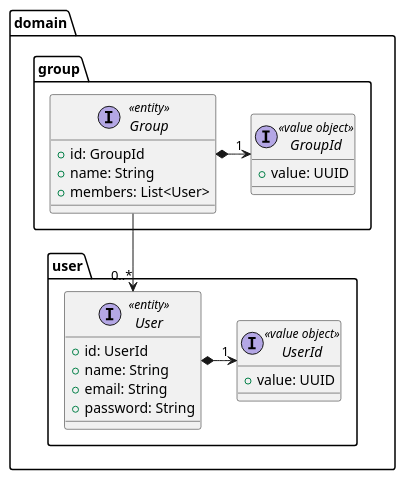
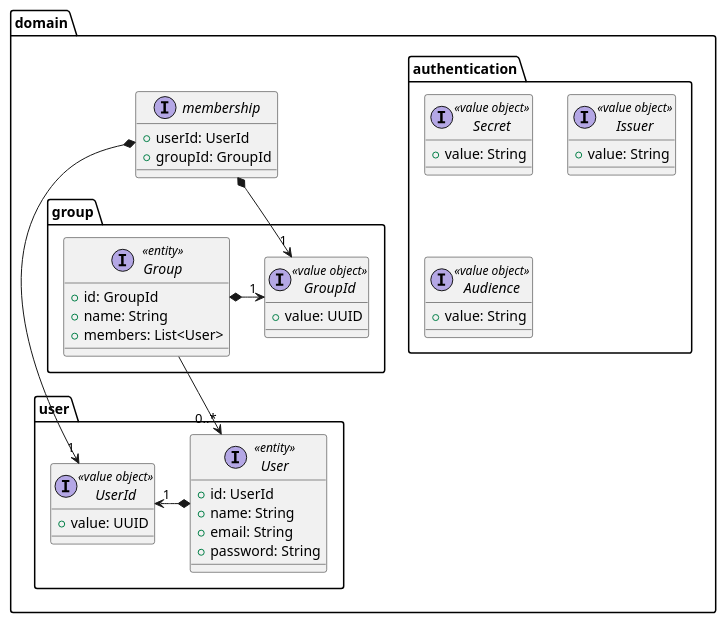
One commit to position-pal/Documentation changed the first of 3 diagrams in content/docs/4-detailed-design/5-user-groups-service.md. Above: the diagram before and after it, drawn with PlantUML. The commit also changed other lines of this file, not shown here.

Commit message:
docs: update user and groups section in detailed desing

````diff
--- a/content/docs/4-detailed-design/5-user-groups-service.md
+++ b/content/docs/4-detailed-design/5-user-groups-service.md
@@ -18,31 +18,52 @@
 ```plantuml 
 @startuml user-group-service-structure
 package domain {
   package user {
     interface User <<entity>> {
       + id: UserId
       + name: String
       + email: String
       + password: String
     }
     interface UserId <<value object>> {
       + value: UUID
     }
     User *-right-> "1" UserId
   }
 
+
+  package authentication {
+      interface Secret <<value object>> {
+          + value: String
+      }
+      interface Issuer <<value object>> {
+          + value: String
+      }
+      interface Audience <<value object>> {
+          + value: String
+      }
+  }
+
+  interface membership {
+    + userId: UserId
+    + groupId: GroupId
+  }
+
   package group {
     interface Group <<entity>> {
       + id: GroupId
       + name: String
       + members: List<User>
     }
     interface GroupId <<value object>> {
       + value: UUID
     }
     Group *-right-> "1" GroupId
     Group --> "0..*" User
   }
+
+  membership *-down-> "1" UserId
+  membership *-down-> "1" GroupId
 }
 @enduml
 ```
````
